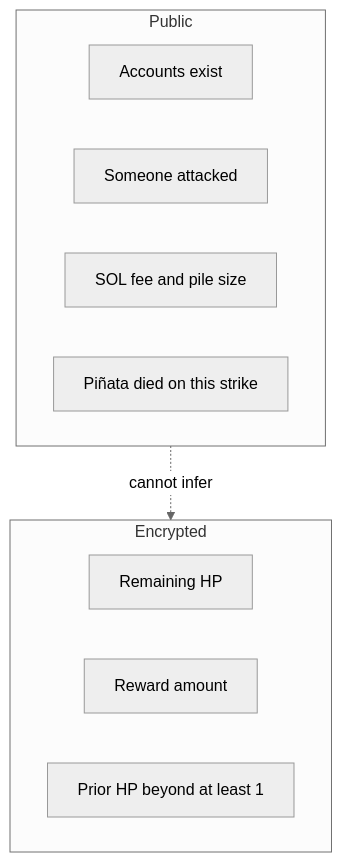
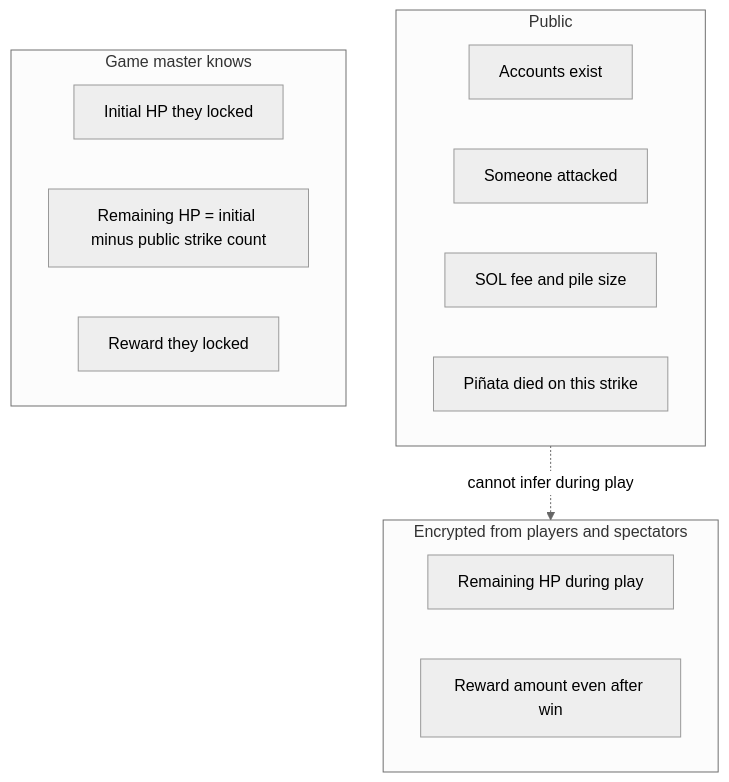
One commit to kilogold/confidential-pinata changed the diagram in docs/confidential-balances.md. Above: the diagram before and after it, drawn with Mermaid (neutral theme). The commit also changed other lines of this file and 3 other files, not shown here.

````diff
--- a/docs/confidential-balances.md
+++ b/docs/confidential-balances.md
@@ -14,15 +16,19 @@
 ```mermaid
 flowchart TB
   subgraph public [Public]
     accounts[Accounts exist]
     attacks[Someone attacked]
     solFee[SOL fee and pile size]
     died[Piñata died on this strike]
   end
-  subgraph hidden [Encrypted]
-    hp[Remaining HP]
-    reward[Reward amount]
-    priorHp["Prior HP beyond at least 1"]
+  subgraph hiddenFromPublic [Encrypted from players and spectators]
+    hp[Remaining HP during play]
+    reward[Reward amount even after win]
   end
-  public -.->|"cannot infer"| hidden
+  subgraph gmKnows [Game master knows]
+    initialHp[Initial HP they locked]
+    remainingHp["Remaining HP = initial minus public strike count"]
+    rewardAmt[Reward they locked]
+  end
+  public -.->|"cannot infer during play"| hiddenFromPublic
 ```
````
